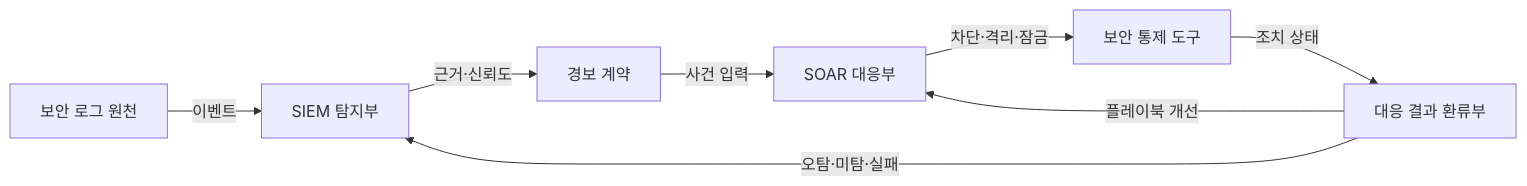
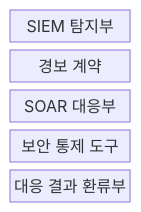
One commit to agnusdei1207/knowledge-base changed the first of 2 diagrams in src/content/docs/notes/04-network/095_siem_vs_soar_comparison.md. Above: the diagram before and after it, drawn with Mermaid. The commit also changed other lines of this file and 21 other files, not shown here.

````diff
--- a/src/content/docs/notes/04-network/095_siem_vs_soar_comparison.md
+++ b/src/content/docs/notes/04-network/095_siem_vs_soar_comparison.md
@@ -52,10 +51,9 @@
 ```mermaid
-flowchart LR
-    A["보안 로그 원천"] -->|이벤트| B["SIEM 탐지부"]
-    B -->|근거·신뢰도| C["경보 계약"]
-    C -->|사건 입력| D["SOAR 대응부"]
-    D -->|차단·격리·잠금| E["보안 통제 도구"]
-    E -->|조치 상태| F["대응 결과 환류부"]
-    F -->|오탐·미탐·실패| B
-    F -->|플레이북 개선| D
+block-beta
+    columns 1
+    SIEM["SIEM 탐지부"]
+    CONTRACT["경보 계약"]
+    SOAR["SOAR 대응부"]
+    TOOL["보안 통제 도구"]
+    FEEDBACK["대응 결과 환류부"]
 ```
````
